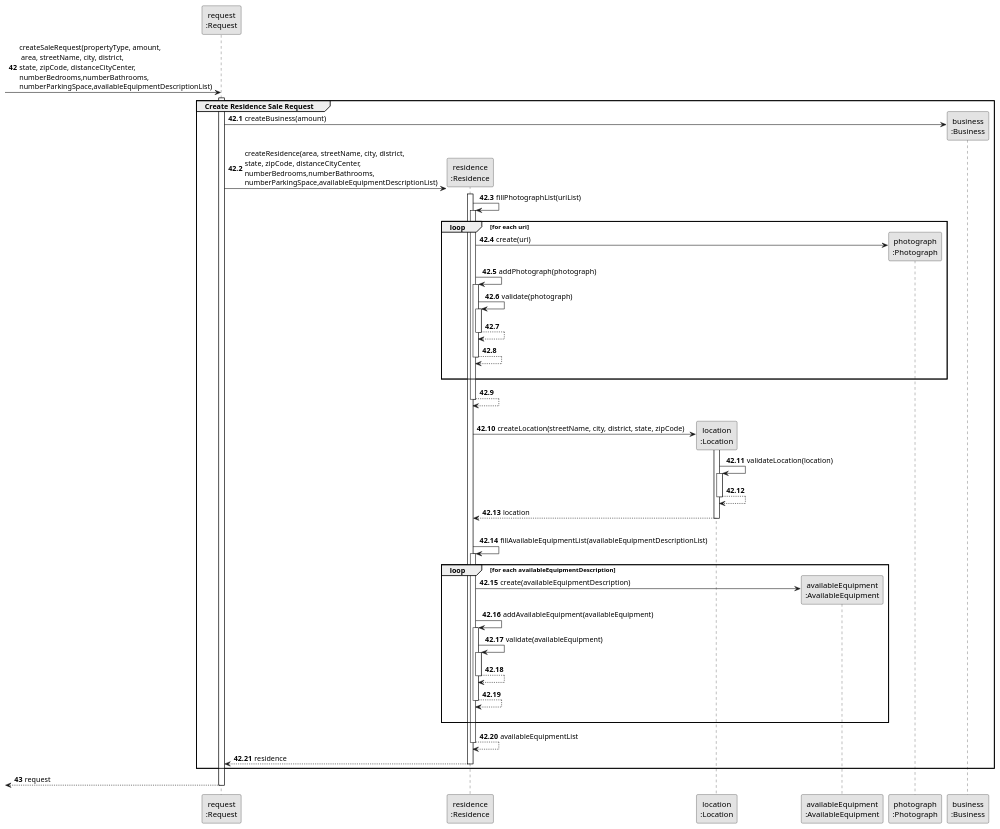
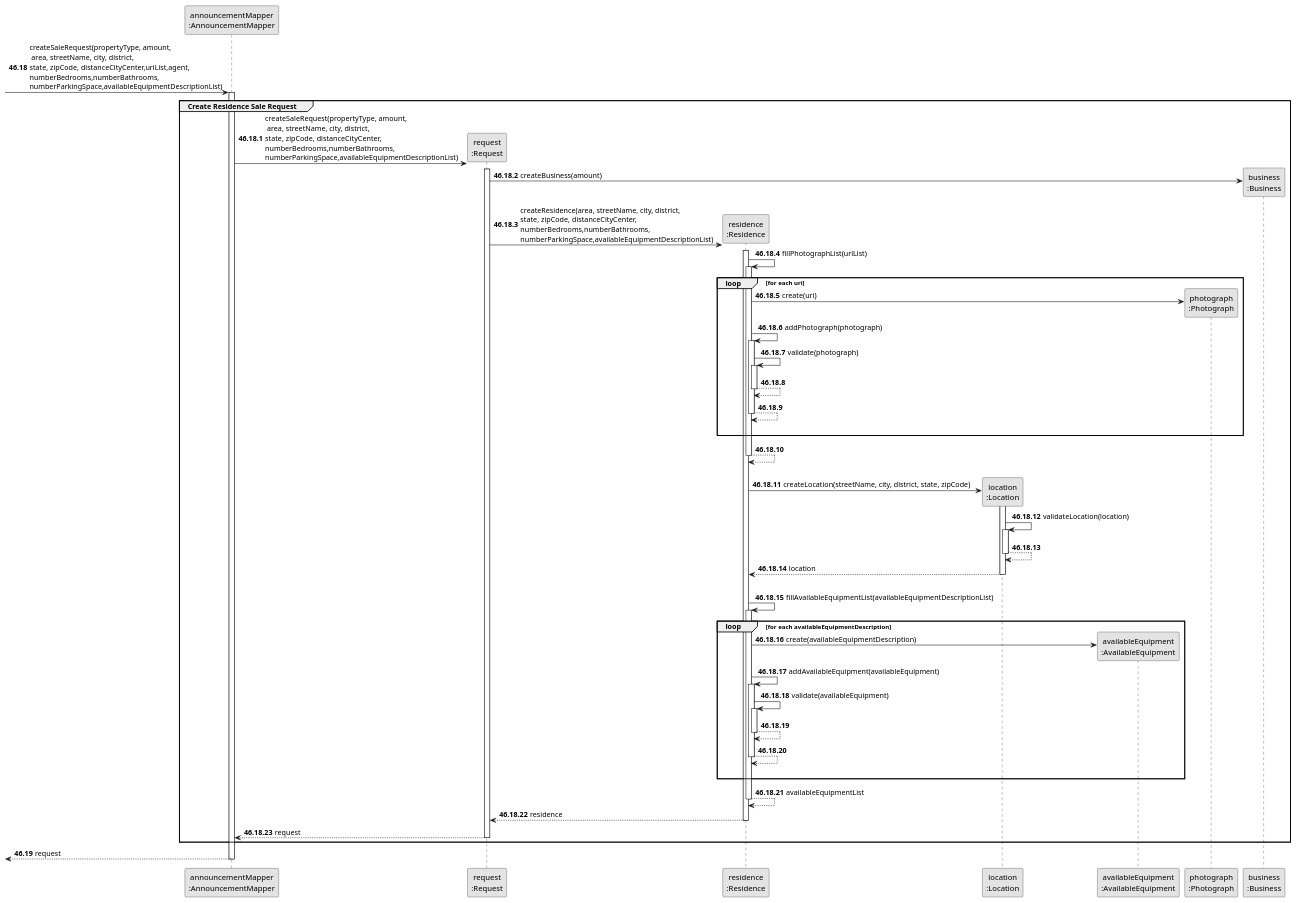
The diagram in docs/sprintD/us002/03.design/puml/us002-sequence-diagram-partial-create-residence-sale-request.puml (rita-barbosa/LAPR2-2223), drawn with PlantUML before and after one commit. The commit also changed 19 other files, not shown here.

Commit message:
Update sequence diagrams [US002][Design][#05 Task]

```diff
--- a/docs/sprintD/us002/03.design/puml/us002-sequence-diagram-partial-create-residence-sale-request.puml
+++ b/docs/sprintD/us002/03.design/puml/us002-sequence-diagram-partial-create-residence-sale-request.puml
@@ -1,108 +1,112 @@
 @startuml
 skinparam monochrome true
 skinparam packageStyle rectangle
 skinparam shadowing false
 
-
+participant "announcementMapper\n:AnnouncementMapper" as MAPPER
 participant "request\n:Request" as REQUEST
 participant "residence\n:Residence" as RESIDENCE
 participant "property\n:Property" as RESIDENCE
 participant "location\n:Location" as LOCATION
 participant "availableEquipment\n:AvailableEquipment" as AEQUIP
 participant "photograph\n:Photograph" as PHOTO
 participant "business\n:Business" as BUSINESS
 
 
-autonumber 42
+autonumber 46.18
 
+-> MAPPER: createSaleRequest(propertyType, amount,\n area, streetName, city, district,\nstate, zipCode, distanceCityCenter,uriList,agent,\nnumberBedrooms,numberBathrooms,\nnumberParkingSpace,availableEquipmentDescriptionList)
+            activate MAPPER
 
-        -> REQUEST **: createSaleRequest(propertyType, amount,\n area, streetName, city, district,\nstate, zipCode, distanceCityCenter,\nnumberBedrooms,numberBathrooms,\nnumberParkingSpace,availableEquipmentDescriptionList)
-            activate REQUEST
-
-autonumber 42.1
+autonumber 46.18.1
 
     group Create Residence Sale Request
+
+            MAPPER  -> REQUEST **: createSaleRequest(propertyType, amount,\n area, streetName, city, district,\nstate, zipCode, distanceCityCenter,\nnumberBedrooms,numberBathrooms,\nnumberParkingSpace,availableEquipmentDescriptionList)
+            activate REQUEST
 
            REQUEST -> BUSINESS** : createBusiness(amount)
 
             REQUEST -> RESIDENCE** : createResidence(area, streetName, city, district,\nstate, zipCode, distanceCityCenter,\nnumberBedrooms,numberBathrooms,\nnumberParkingSpace,availableEquipmentDescriptionList)
               activate RESIDENCE
 
 
                 RESIDENCE -> RESIDENCE: fillPhotographList(uriList)
                 activate RESIDENCE
 
                 loop for each uri
 
                 RESIDENCE -> PHOTO**: create(uri)
 
                 RESIDENCE -> RESIDENCE: addPhotograph(photograph)
                 activate RESIDENCE
 
                 RESIDENCE -> RESIDENCE: validate(photograph)
                 activate RESIDENCE
 
                 RESIDENCE --> RESIDENCE:
                 deactivate RESIDENCE
 
                 RESIDENCE --> RESIDENCE:
                 deactivate RESIDENCE
                 |||
                 end loop
 
                 RESIDENCE --> RESIDENCE:
                 deactivate RESIDENCE
 
 
                 |||
                 RESIDENCE -> LOCATION** : createLocation(streetName, city, district, state, zipCode)
                 activate LOCATION
 
                 LOCATION -> LOCATION : validateLocation(location)
                 activate LOCATION
 
                 LOCATION--> LOCATION
                 deactivate LOCATION
 
                 LOCATION --> RESIDENCE : location
                 deactivate LOCATION
                 |||
                 RESIDENCE -> RESIDENCE : fillAvailableEquipmentList(availableEquipmentDescriptionList)
                 activate RESIDENCE
 
                loop for each availableEquipmentDescription
 
                RESIDENCE -> AEQUIP**: create(availableEquipmentDescription)
 
                RESIDENCE -> RESIDENCE : addAvailableEquipment(availableEquipment)
                activate RESIDENCE
 
                RESIDENCE -> RESIDENCE : validate(availableEquipment)
                activate RESIDENCE
 
                RESIDENCE --> RESIDENCE :
                deactivate RESIDENCE
 
                RESIDENCE --> RESIDENCE :
                deactivate RESIDENCE
               |||
               end loop
 
             RESIDENCE --> RESIDENCE : availableEquipmentList
             deactivate RESIDENCE
 
             RESIDENCE --> REQUEST: residence
             deactivate RESIDENCE
 
-
+REQUEST --> MAPPER : request
+       deactivate REQUEST
 
 
 
       end group
 
-autonumber 43
-        <--REQUEST : request
-                       deactivate REQUEST
+autonumber 46.19
+
+ <--  MAPPER : request
+      deactivate MAPPER
 
 
 @enduml
```
